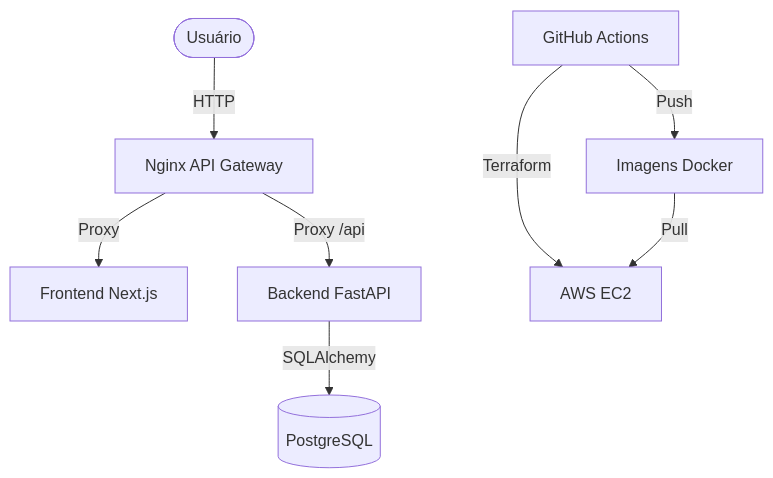
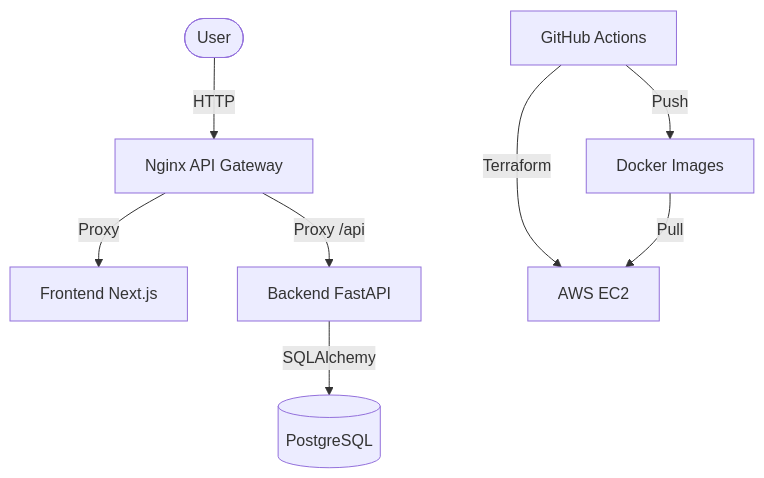
Before and after one commit to mucadoo/task-management-fastapi-nextjs: the diagram in README.md, drawn with Mermaid. The commit also changed other lines of this file, not shown here.

````diff
--- a/README.md
+++ b/README.md
@@ -217,10 +170,10 @@
 ```mermaid
 graph TD
-    User([Usuário]) -->|HTTP| Nginx[Nginx API Gateway]
+    User([User]) -->|HTTP| Nginx[Nginx API Gateway]
     Nginx -->|Proxy| Frontend[Frontend Next.js]
     Nginx -->|Proxy /api| Backend[Backend FastAPI]
     Backend -->|SQLAlchemy| DB[(PostgreSQL)]
     CI[GitHub Actions] -->|Terraform| AWS[AWS EC2]
-    CI -->|Push| GHCR[Imagens Docker]
+    CI -->|Push| GHCR[Docker Images]
     GHCR -->|Pull| AWS
 ```
````
